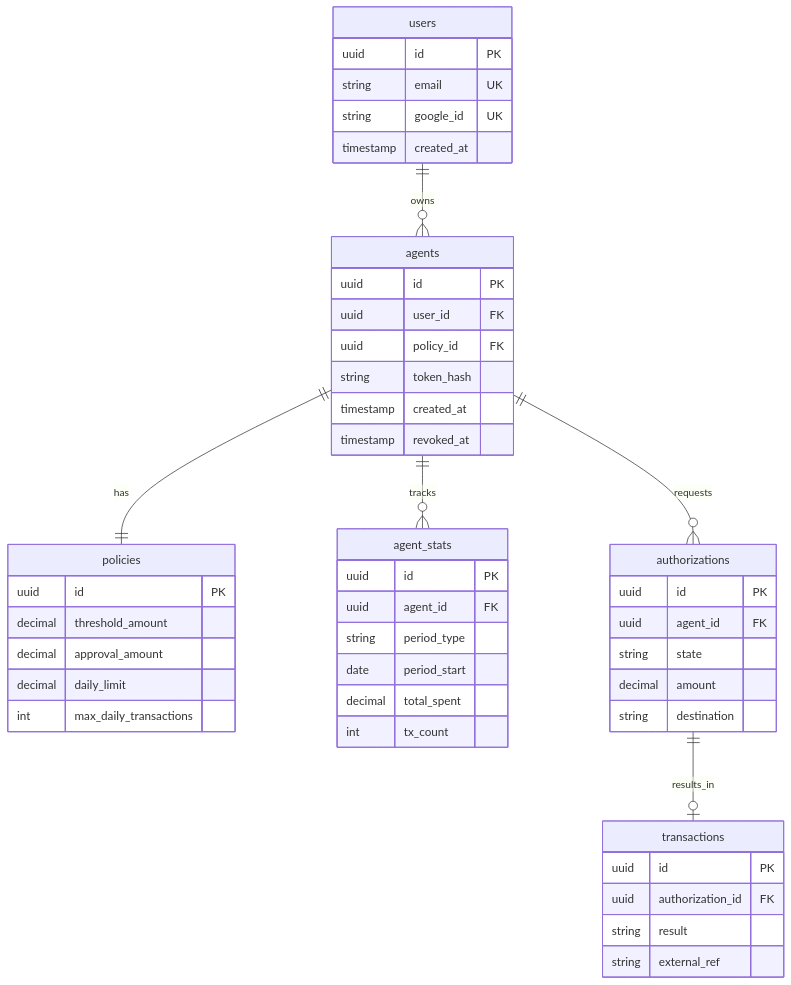
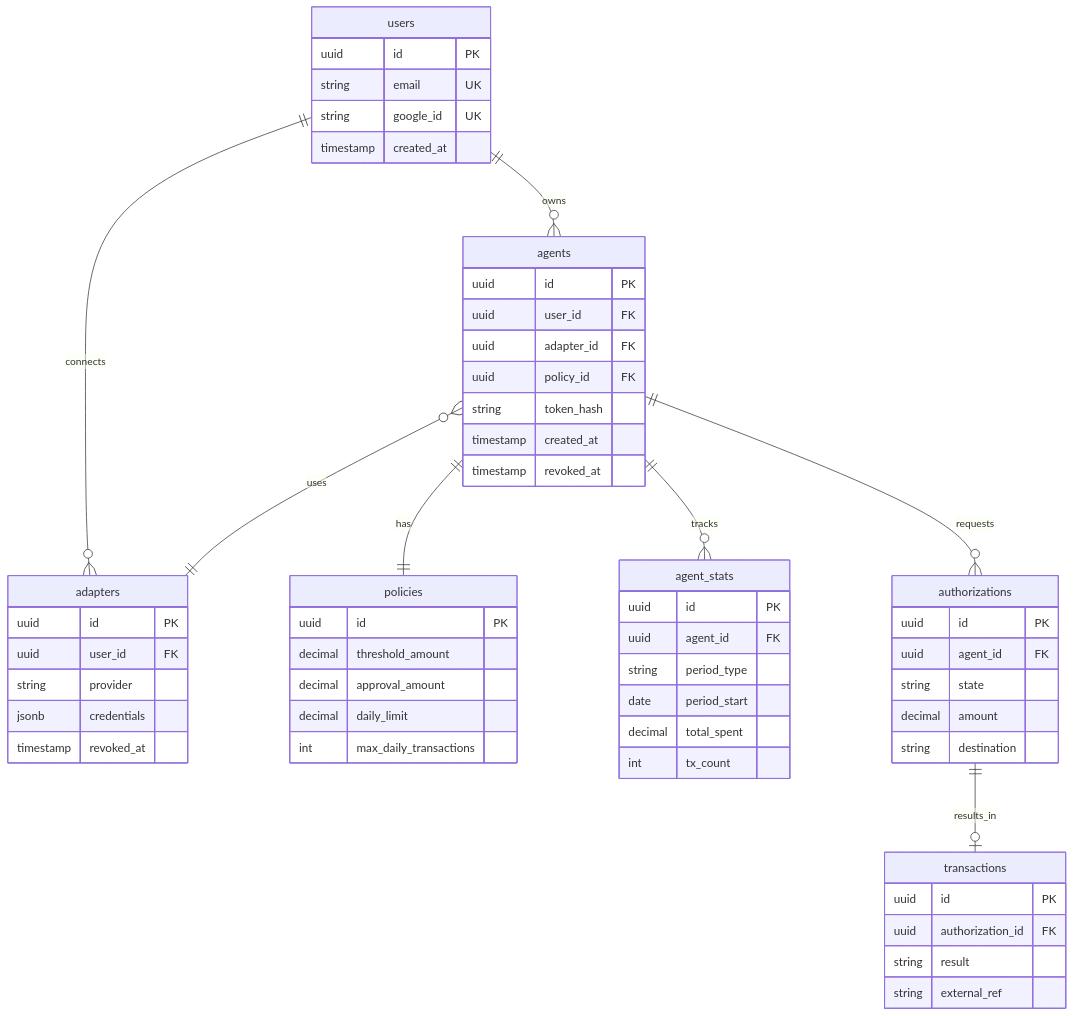
Before and after one commit to matverach/paysentry: the diagram in README.md, drawn with Mermaid. The commit also changed other lines of this file, not shown here.

Commit message:
Update del readme

````diff
--- a/README.md
+++ b/README.md
@@ -54,56 +55,67 @@
 ```mermaid
 erDiagram
+    users ||--o{ adapters : "connects"
     users ||--o{ agents : "owns"
     agents ||--|| policies : "has"
+    agents }o--|| adapters : "uses"
     agents ||--o{ agent_stats : "tracks"
     agents ||--o{ authorizations : "requests"
     authorizations ||--o| transactions : "results_in"
 
     users {
         uuid id PK
         string email UK
         string google_id UK
         timestamp created_at
     }
 
+    adapters {
+        uuid id PK
+        uuid user_id FK
+        string provider
+        jsonb credentials
+        timestamp revoked_at
+    }
+
     agents {
         uuid id PK
         uuid user_id FK
+        uuid adapter_id FK
         uuid policy_id FK
         string token_hash
         timestamp created_at
         timestamp revoked_at
     }
 
     policies {
         uuid id PK
         decimal threshold_amount
         decimal approval_amount
         decimal daily_limit
         int max_daily_transactions
     }
 
     agent_stats {
         uuid id PK
         uuid agent_id FK
         string period_type
         date period_start
         decimal total_spent
         int tx_count
     }
 
     authorizations {
         uuid id PK
         uuid agent_id FK
         string state
         decimal amount
         string destination
     }
 
     transactions {
         uuid id PK
         uuid authorization_id FK
         string result
         string external_ref
     }
 ```
````
